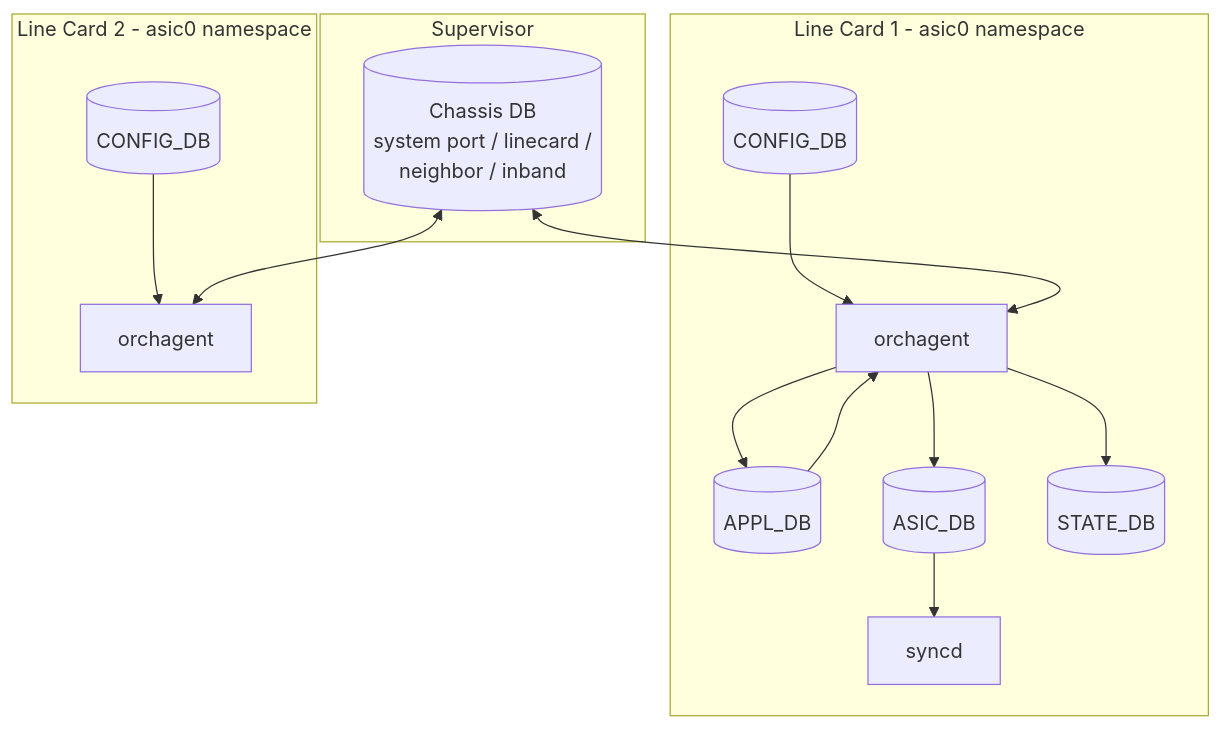
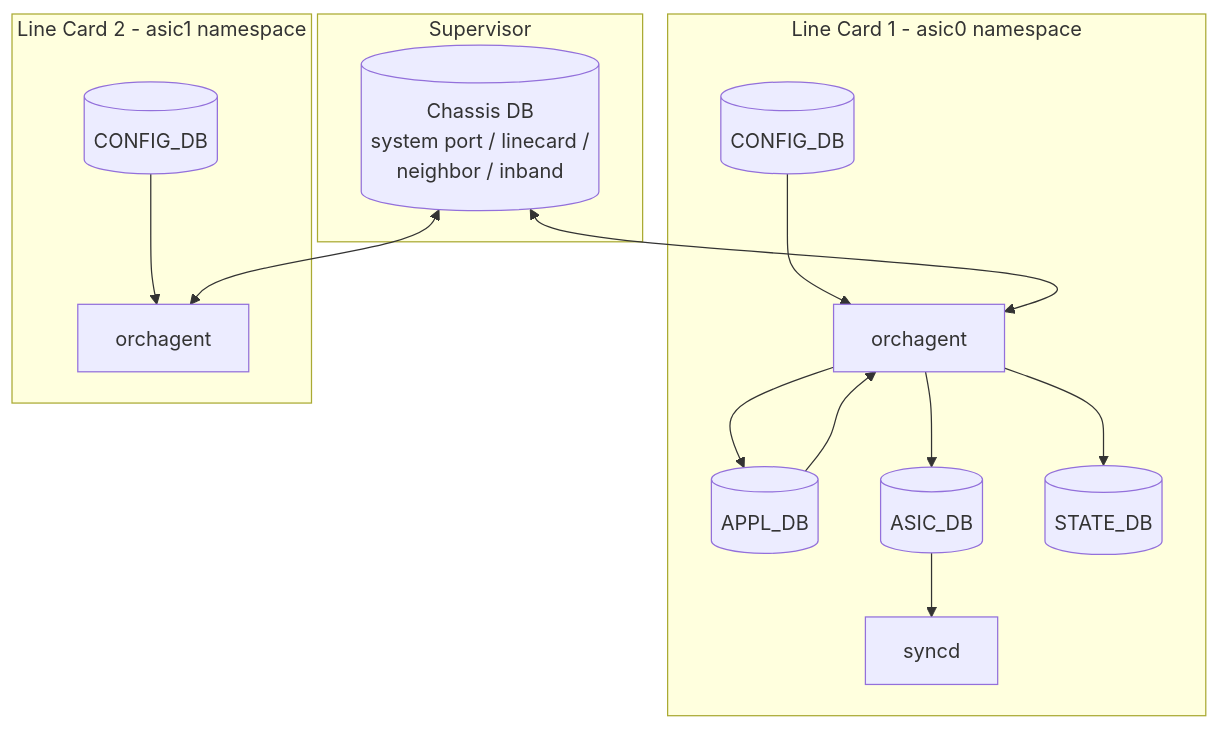
The first of 2 diagrams in docs/topics/12-multi-asic-voq/architecture.md (aoki-taquan/sonic-unofficial-docs), drawn with Mermaid before and after one commit. The commit also changed other lines of this file and 2 other files, not shown here.

Commit message:
review: batch 201 fixes for multi-asic-voq pages
- architecture.md: fix typo trafic→traffic, fix mermaid LC2 label asic0→asic1
- index.md: add missing architecture entry to chapter-progress table
- operations.md: fix typo persys-port→per-sys-port (2 occurrences)

````diff
--- a/docs/topics/12-multi-asic-voq/architecture.md
+++ b/docs/topics/12-multi-asic-voq/architecture.md
@@ -34,25 +34,25 @@
 ```mermaid
 flowchart TB
   subgraph SUP[Supervisor]
     CDB[(Chassis DB<br>system port / linecard /<br>neighbor / inband)]
   end
   subgraph LC1[Line Card 1 - asic0 namespace]
     C1[(CONFIG_DB)]
     A1[(APPL_DB)]
     S1[(ASIC_DB)]
     ST1[(STATE_DB)]
     O1[orchagent]
     SY1[syncd]
     C1 --> O1
     O1 --> A1 --> O1
     O1 --> S1 --> SY1
     O1 --> ST1
   end
-  subgraph LC2[Line Card 2 - asic0 namespace]
+  subgraph LC2[Line Card 2 - asic1 namespace]
     C2[(CONFIG_DB)]
     O2[orchagent]
     C2 --> O2
   end
   CDB <--> O1
   CDB <--> O2
 ```
````
